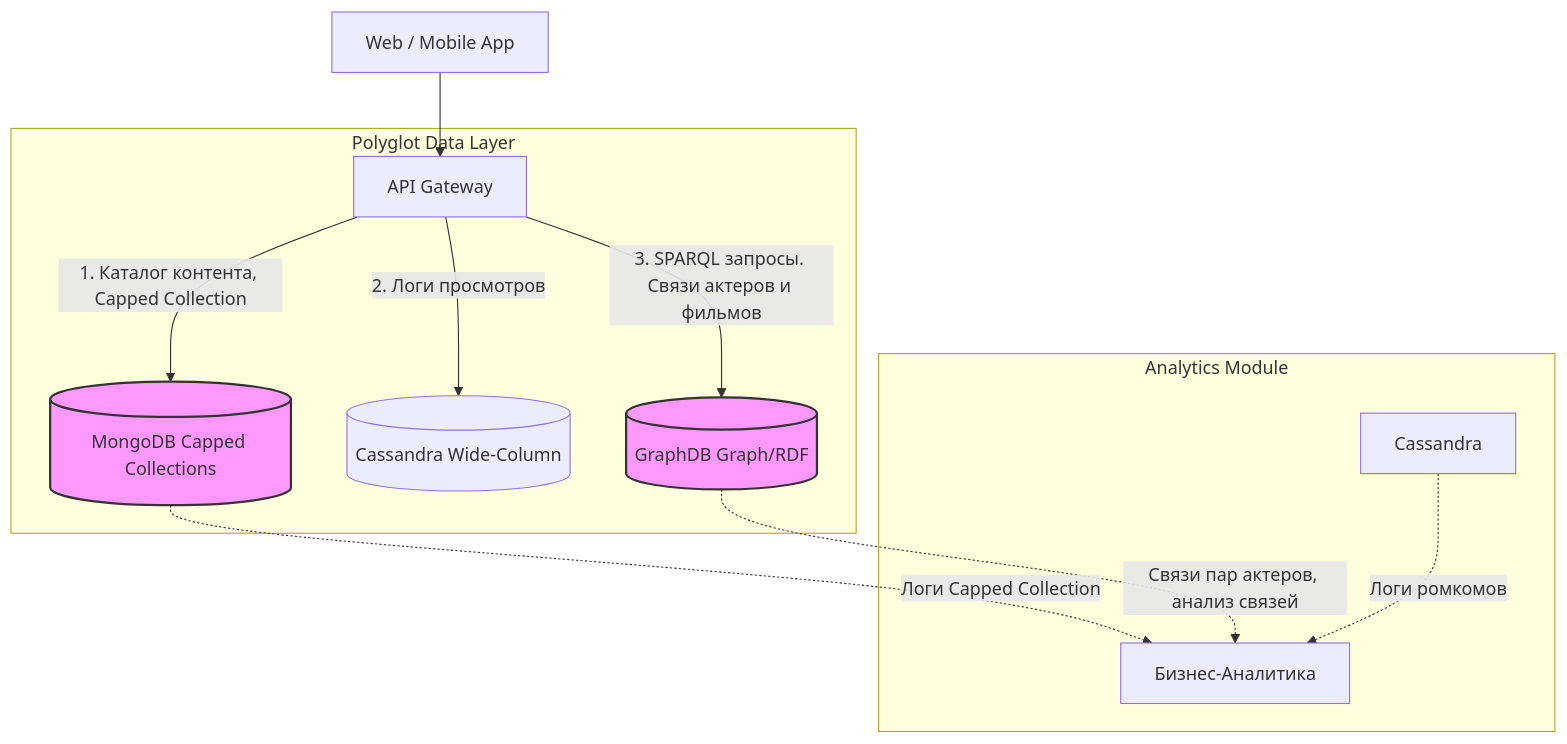
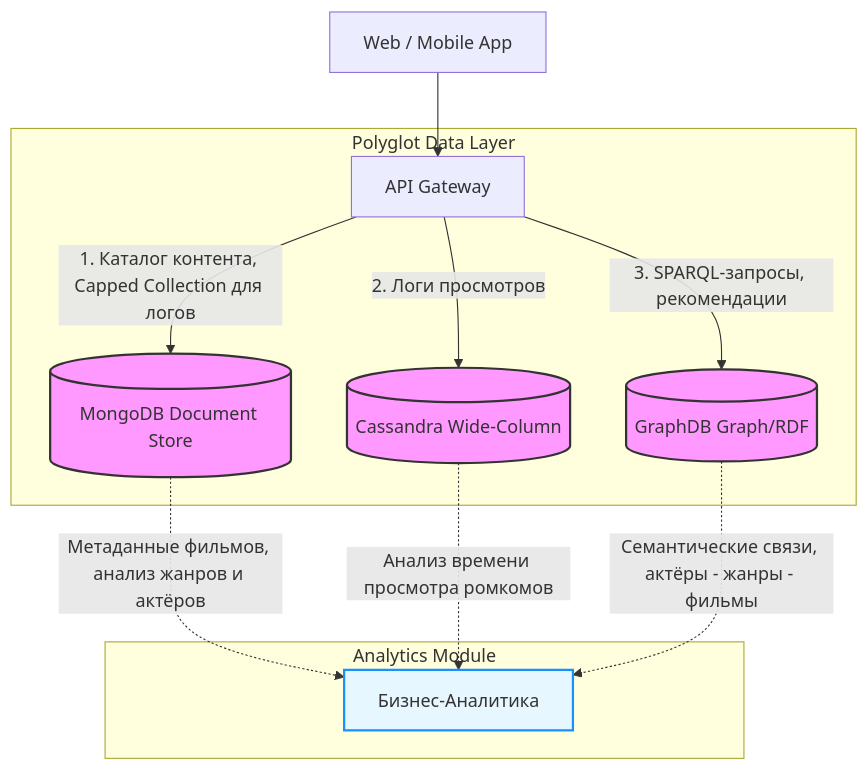
The diagram in pw_02/README.md (wyamka/BigData-MGPU), drawn with Mermaid before and after one commit. The commit also changed other lines of this file and 17 other files, not shown here.

````diff
--- a/pw_02/README.md
+++ b/pw_02/README.md
@@ -21,21 +21,22 @@
 ```mermaid
 graph TD
     Client[Web / Mobile App] --> API[API Gateway]
 
-
     subgraph Polyglot Data Layer
-        API -->|1. Каталог контента, Capped Collection| Mongo[(MongoDB Capped Collections)]
+        API -->|1. Каталог контента, Capped Collection для логов| Mongo[(MongoDB Document Store)]
         API -->|2. Логи просмотров| Cass[(Cassandra Wide-Column)]
-        API -->|3. SPARQL запросы. Связи актеров и фильмов| Graph[(GraphDB Graph/RDF)]
+        API -->|3. SPARQL-запросы, рекомендации| Graph[(GraphDB Graph/RDF)]
     end
 
-
     subgraph Analytics Module
-        Mongo -.->|Логи Capped Collection| BI[Бизнес-Аналитика]
-        Graph -.->|Связи пар актеров, анализ связей| BI[Бизнес-Аналитика]
-        Cassandra -.->|Логи ромкомов| BI[Бизнес-Аналитика]
+        Mongo -.->|Метаданные фильмов, анализ жанров и актёров| BI[Бизнес-Аналитика]
+        Cass -.->|Анализ времени просмотра ромкомов| BI
+        Graph -.->|Семантические связи, актёры - жанры - фильмы| BI
     end
 
     classDef db fill:#f9f,stroke:#333,stroke-width:2px;
-    class Mongo,Graph db;
+    class Mongo,Cass,Graph db;
+
+    classDef analytics fill:#e6f7ff,stroke:#1890ff,stroke-width:2px;
+    class BI analytics;
 ```
````
